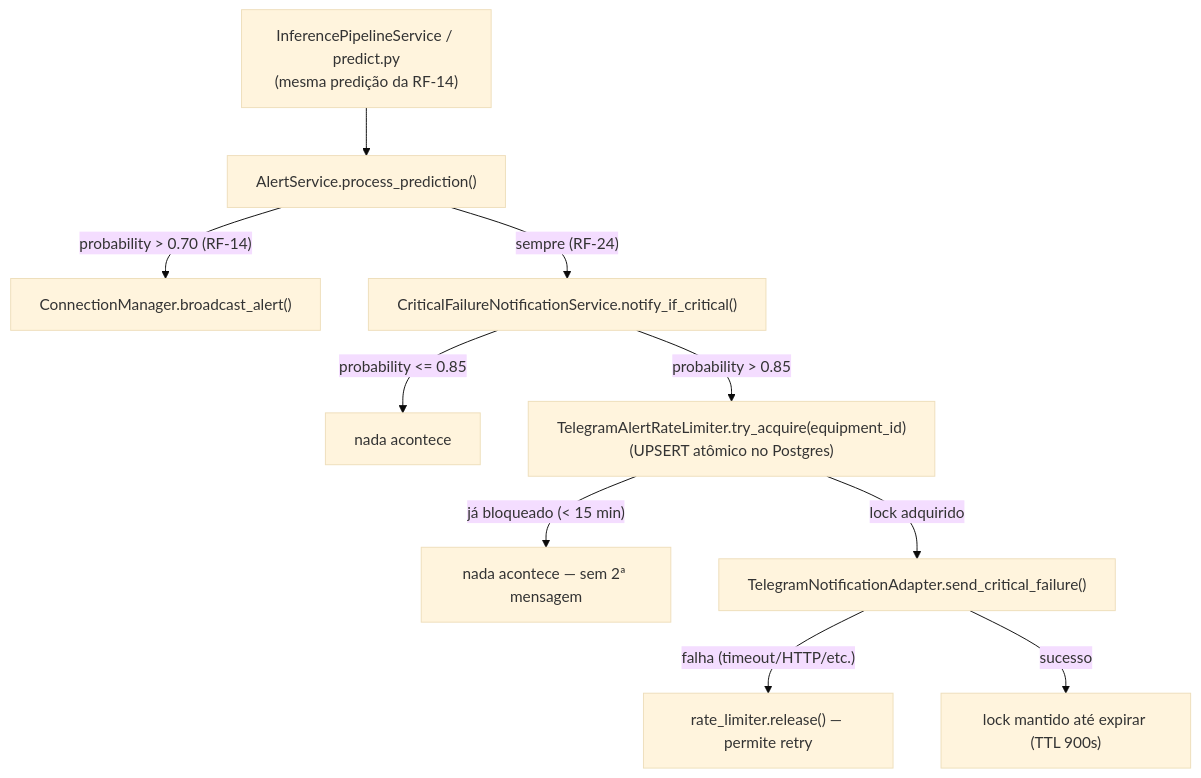
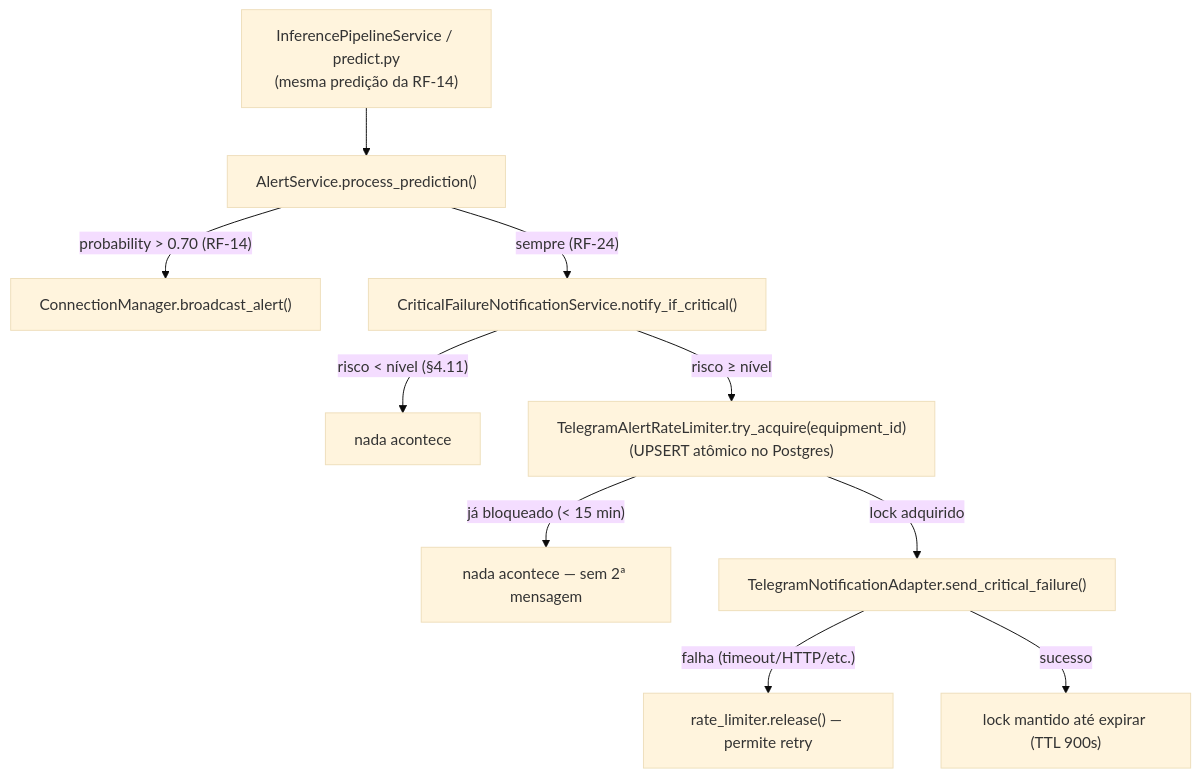
The tenth of 15 diagrams in README.md (ronaldosimeone/tcc-project), drawn with Mermaid (base theme) before and after one commit. The commit also changed other lines of this file and 3 other files, not shown here.

````diff
--- a/README.md
+++ b/README.md
@@ -941,12 +941,12 @@
 ```mermaid
 flowchart TD
     PRED["InferencePipelineService / predict.py<br/>(mesma predição da RF-14)"] --> ALERT["AlertService.process_prediction()"]
     ALERT -->|"probability > 0.70 (RF-14)"| WS["ConnectionManager.broadcast_alert()"]
     ALERT -->|"sempre (RF-24)"| CRIT["CriticalFailureNotificationService.notify_if_critical()"]
-    CRIT -->|"probability <= 0.85"| SKIP["nada acontece"]
-    CRIT -->|"probability > 0.85"| LOCK["TelegramAlertRateLimiter.try_acquire(equipment_id)<br/>(UPSERT atômico no Postgres)"]
+    CRIT -->|"risco < nível (§4.11)"| SKIP["nada acontece"]
+    CRIT -->|"risco ≥ nível"| LOCK["TelegramAlertRateLimiter.try_acquire(equipment_id)<br/>(UPSERT atômico no Postgres)"]
     LOCK -->|"já bloqueado (< 15 min)"| SKIP2["nada acontece — sem 2ª mensagem"]
     LOCK -->|"lock adquirido"| SEND["TelegramNotificationAdapter.send_critical_failure()"]
     SEND -->|"falha (timeout/HTTP/etc.)"| RELEASE["rate_limiter.release() — permite retry"]
     SEND -->|"sucesso"| DONE["lock mantido até expirar (TTL 900s)"]
 ```
````
